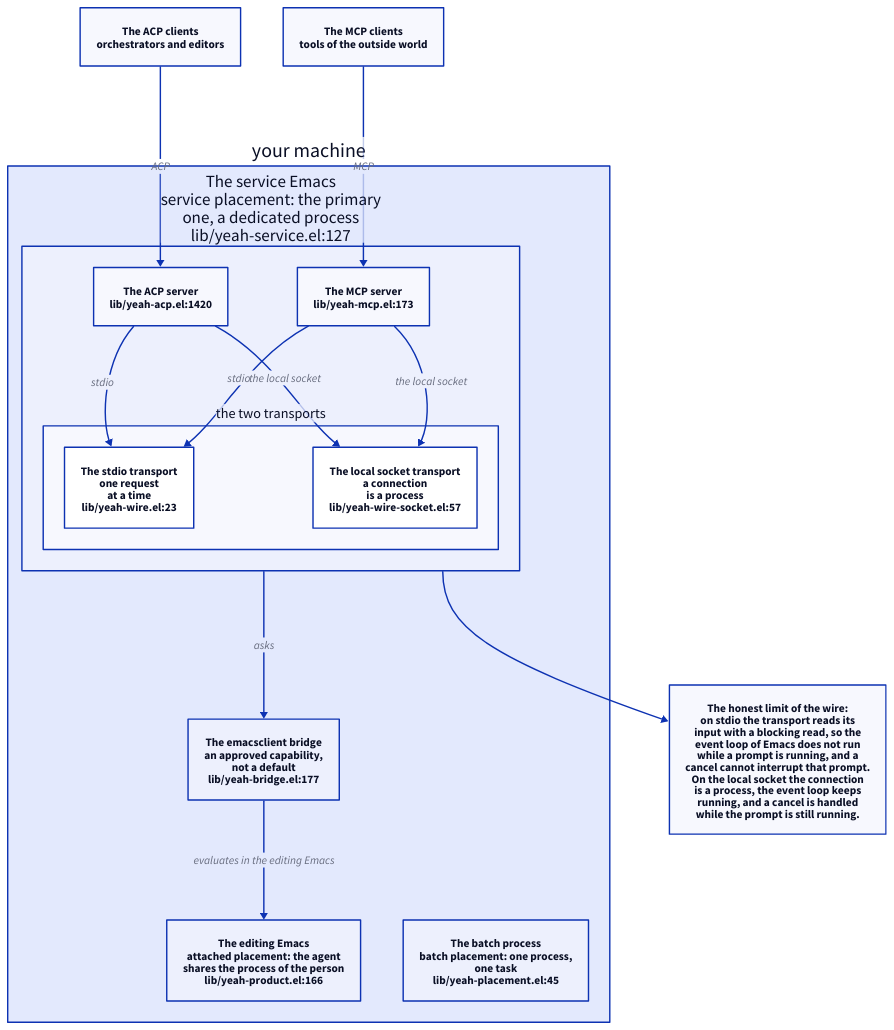
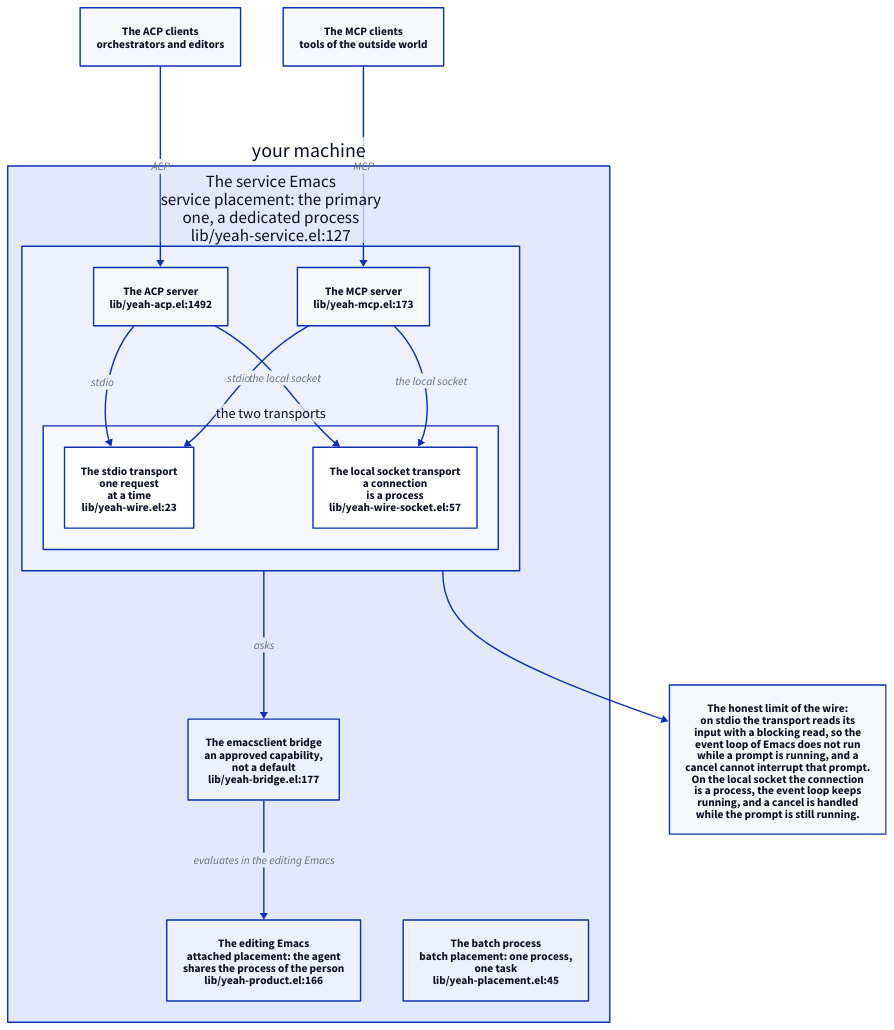
Before and after one commit to 11111000000/yeah: the diagram in site/diagrams/placements.d2, drawn with D2. The commit also changed 5 other files, not shown here.

Commit message:
fix(site): re-anchor ACP diagram references

```diff
--- a/site/diagrams/placements.d2
+++ b/site/diagrams/placements.d2
@@ -1,72 +1,72 @@
 # Where Yeah runs, and who talks to it.
 #
 # The three placements of `docs/ARCHITECTURE.md' section 7 -- attached,
 # service and batch -- are three ways of giving the kernel a session, a
 # transport and an answerer; the kernel itself does not know in which of
 # them it runs.  This picture says where each of them lives and what speaks
 # to it.
 #
 # The service is the primary placement (the decision of the owner of
 # 2026-11-12): a dedicated Emacs process runs the harness, so the editing
 # Emacs never shares a thread with a long turn.
 #
 # Every block names the file that implements it, as `file:line'.
 
 direction: down
 
 machine: "your machine" {
   attached: "The editing Emacs\nattached placement: the agent\nshares the process of the person\nlib/yeah-product.el:166"
   service: "The service Emacs\nservice placement: the primary\none, a dedicated process\nlib/yeah-service.el:127" {
     class: subject
-    acp: "The ACP server\nlib/yeah-acp.el:1420"
+    acp: "The ACP server\nlib/yeah-acp.el:1492"
     mcp: "The MCP server\nlib/yeah-mcp.el:173"
     transports: "the two transports" {
       stdio: "The stdio transport\none request\nat a time\nlib/yeah-wire.el:23"
       socket: "The local socket transport\na connection\nis a process\nlib/yeah-wire-socket.el:57"
     }
   }
   batch: "The batch process\nbatch placement: one process,\none task\nlib/yeah-placement.el:45"
   bridge: "The emacsclient bridge\nan approved capability,\nnot a default\nlib/yeah-bridge.el:177"
 }
 
 acp_clients: "The ACP clients\norchestrators and editors"
 mcp_clients: "The MCP clients\ntools of the outside world"
 
 acp_clients -> machine.service.acp: {
   class: flow
   label: "ACP"
 }
 mcp_clients -> machine.service.mcp: {
   class: flow
   label: "MCP"
 }
 machine.service.acp -> machine.service.transports.stdio: {
   class: flow
   label: "stdio"
 }
 machine.service.acp -> machine.service.transports.socket: {
   class: flow
   label: "the local socket"
 }
 machine.service.mcp -> machine.service.transports.stdio: {
   class: flow
   label: "stdio"
 }
 machine.service.mcp -> machine.service.transports.socket: {
   class: flow
   label: "the local socket"
 }
 machine.service -> machine.bridge: {
   class: capability
   label: "asks"
 }
 machine.bridge -> machine.attached: {
   class: capability
   label: "evaluates in the editing Emacs"
 }
 
 note: "The honest limit of the wire:\non stdio the transport reads its\ninput with a blocking read, so the\nevent loop of Emacs does not run\nwhile a prompt is running, and a\ncancel cannot interrupt that prompt.\nOn the local socket the connection\nis a process, the event loop keeps\nrunning, and a cancel is handled\nwhile the prompt is still running."
 
 machine.service -> note: {
   class: hidden
 }
```
